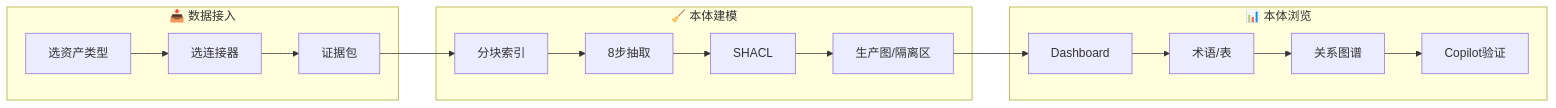
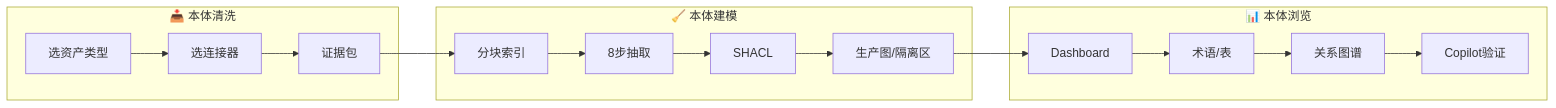
The fifth of 5 diagrams in docs/ONTOLOGY_LAYER_UI_OPTIMIZATION.md (sure0000/DataLens), drawn with Mermaid before and after one commit. The commit also changed other lines of this file and 97 other files, not shown here.

````diff
--- a/docs/ONTOLOGY_LAYER_UI_OPTIMIZATION.md
+++ b/docs/ONTOLOGY_LAYER_UI_OPTIMIZATION.md
@@ -641,21 +639,21 @@
 ```mermaid
 flowchart LR
-  subgraph ingest [📥 数据接入]
+  subgraph ingest [📥 本体清洗]
     A1[选资产类型]
     A2[选连接器]
     A3[证据包]
   end
   subgraph model [🧹 本体建模]
     B1[分块索引]
     B2[8步抽取]
     B3[SHACL]
     B4[生产图/隔离区]
   end
   subgraph view [📊 本体浏览]
     C1[Dashboard]
     C2[术语/表]
     C3[关系图谱]
     C4[Copilot验证]
   end
   A1 --> A2 --> A3 --> B1 --> B2 --> B3 --> B4 --> C1 --> C2 --> C3 --> C4
 ```
````
